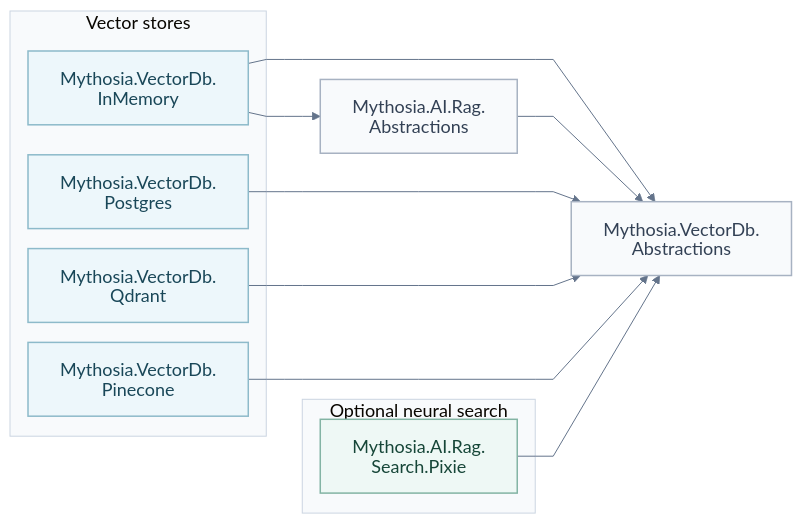
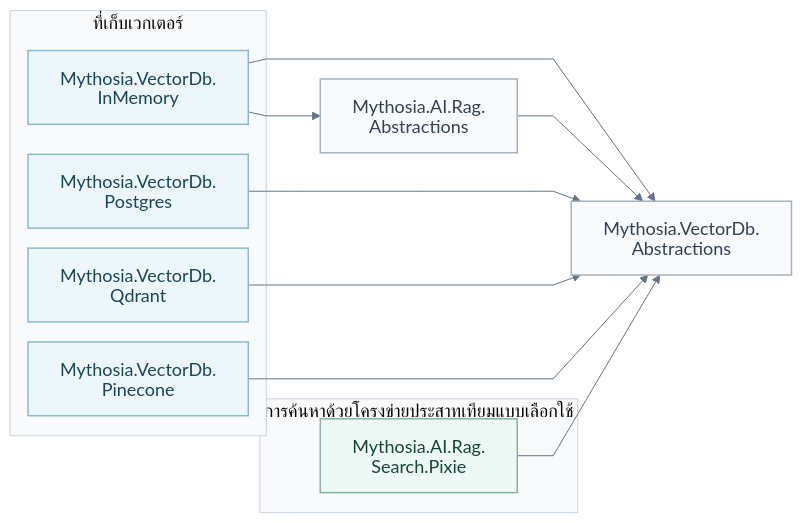
Before and after one commit to AJ-comp/Mythosia.AI: the third of 3 diagrams in docs/th/README.md, drawn with Mermaid. The commit also changed other lines of this file and 172 other files, not shown here.

````diff
--- a/docs/th/README.md
+++ b/docs/th/README.md
@@ -135,28 +407,28 @@
 ```mermaid
 %%{init: {"theme":"base","look":"classic","htmlLabels":false,"themeVariables":{"fontFamily":"Arial, sans-serif","fontSize":"18px","primaryTextColor":"#172c46","lineColor":"#64748b","clusterBkg":"#f8fafc","clusterBorder":"#cbd5e1"},"flowchart":{"htmlLabels":false,"curve":"linear","nodeSpacing":20,"rankSpacing":36,"padding":16,"wrappingWidth":300},"fontFamily":"Arial, sans-serif","fontSize":18}}%%
 flowchart LR
-    subgraph Stores["Vector stores"]
+    subgraph Stores["ที่เก็บเวกเตอร์"]
         InMem["Mythosia.VectorDb.<br/>InMemory"]:::store
         Pg["Mythosia.VectorDb.<br/>Postgres"]:::store
         Qd["Mythosia.VectorDb.<br/>Qdrant"]:::store
         Pine["Mythosia.VectorDb.<br/>Pinecone"]:::store
     end
-    subgraph Search["Optional neural search"]
+    subgraph Search["การค้นหาด้วยโครงข่ายประสาทเทียมแบบเลือกใช้"]
         Pixie["Mythosia.AI.Rag.<br/>Search.Pixie"]:::rag
     end
     RagAbs["Mythosia.AI.Rag.<br/>Abstractions"]:::contract
     VdbAbs["Mythosia.VectorDb.<br/>Abstractions"]:::contract
     InMem --> RagAbs
     InMem --> VdbAbs
     RagAbs --> VdbAbs
     Pg --> VdbAbs
     Qd --> VdbAbs
     Pine --> VdbAbs
     Pixie --> VdbAbs
     classDef core fill:#eff6ff,stroke:#93b4de,color:#172c46,stroke-width:1.5px
     classDef rag fill:#eef8f5,stroke:#83b4a4,color:#164638,stroke-width:1.5px
     classDef extension fill:#f5f0fc,stroke:#b9a4d4,color:#403054,stroke-width:1.5px
     classDef documents fill:#fff8e9,stroke:#d4b879,color:#61491d,stroke-width:1.5px
     classDef store fill:#edf7fb,stroke:#8dbaca,color:#194758,stroke-width:1.5px
     classDef contract fill:#f8fafc,stroke:#a7b2c2,color:#334155,stroke-width:1.5px
 ```
````
